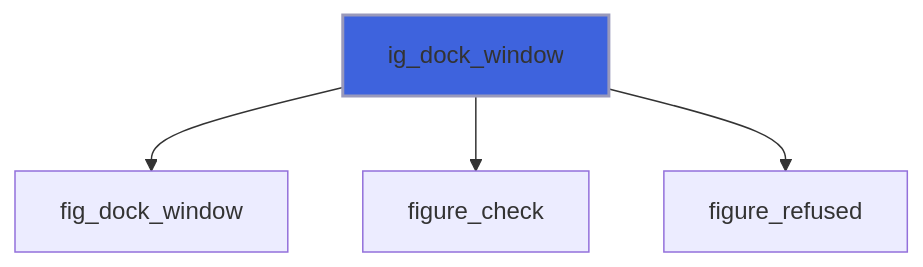
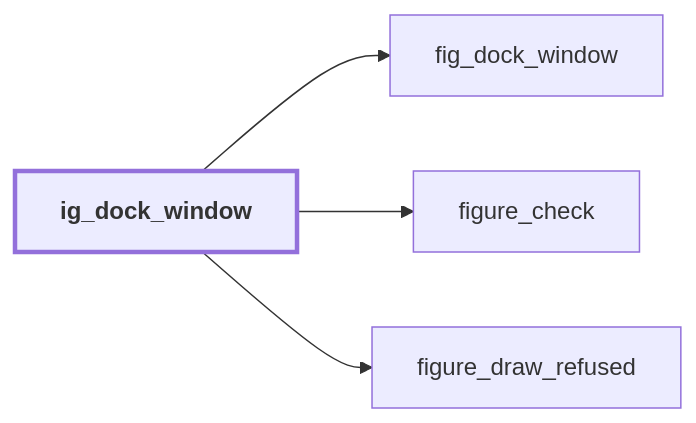
Before and after one commit to szaghi/figure: the fourth of 9 diagrams in docs/api/src/lib/figure_dock.md, drawn with Mermaid. The commit also changed other lines of this file and 54 other files, not shown here.

````diff
--- a/docs/api/src/lib/figure_dock.md
+++ b/docs/api/src/lib/figure_dock.md
@@ -142,7 +159,11 @@
 ```mermaid
-flowchart TD
+flowchart LR
   ig_dock_window["ig_dock_window"] --> fig_dock_window["fig_dock_window"]
   ig_dock_window["ig_dock_window"] --> figure_check["figure_check"]
-  ig_dock_window["ig_dock_window"] --> figure_refused["figure_refused"]
-  style ig_dock_window fill:#3e63dd,stroke:#99b,stroke-width:2px
+  ig_dock_window["ig_dock_window"] --> figure_draw_refused["figure_draw_refused"]
+  classDef focus stroke-width:3px,font-weight:bold
+  class ig_dock_window focus
+  click figure_draw_refused href "figure_base.html#figure-draw-refused" "figure_draw_refused"
+  click figure_check href "figure_base.html#figure-check" "figure_check"
+  click fig_dock_window href "figure_c_native.html#fig-dock-window" "fig_dock_window"
 ```
````
